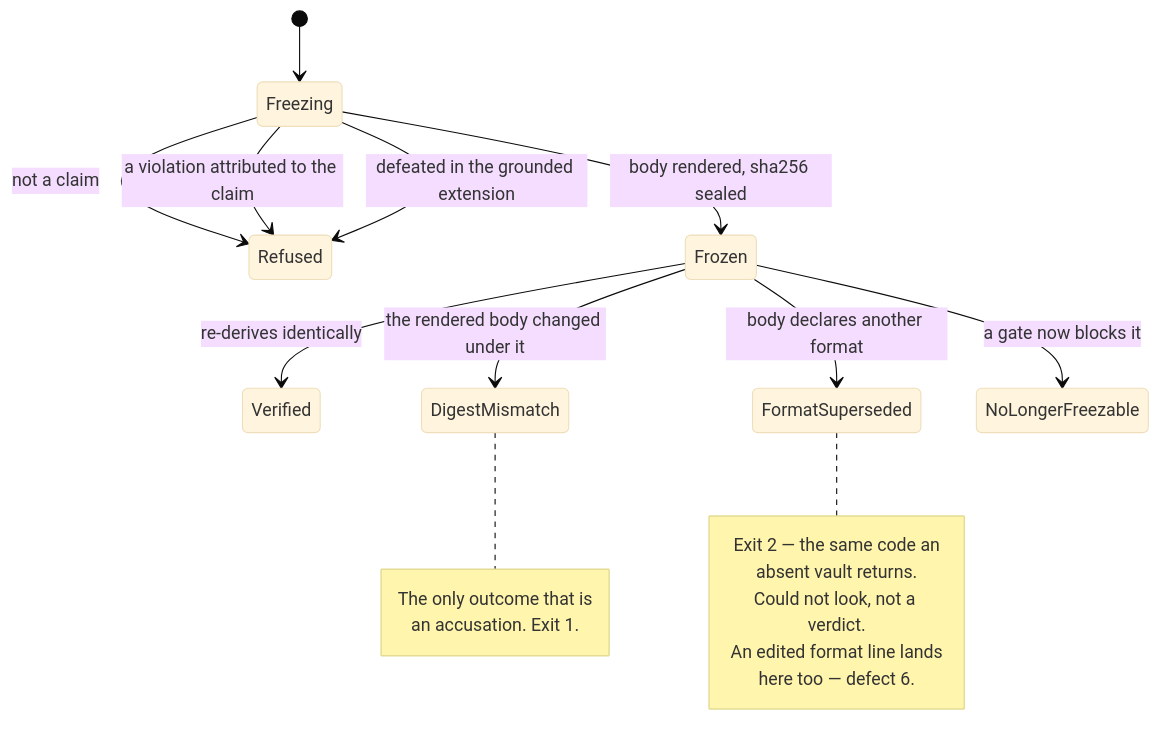
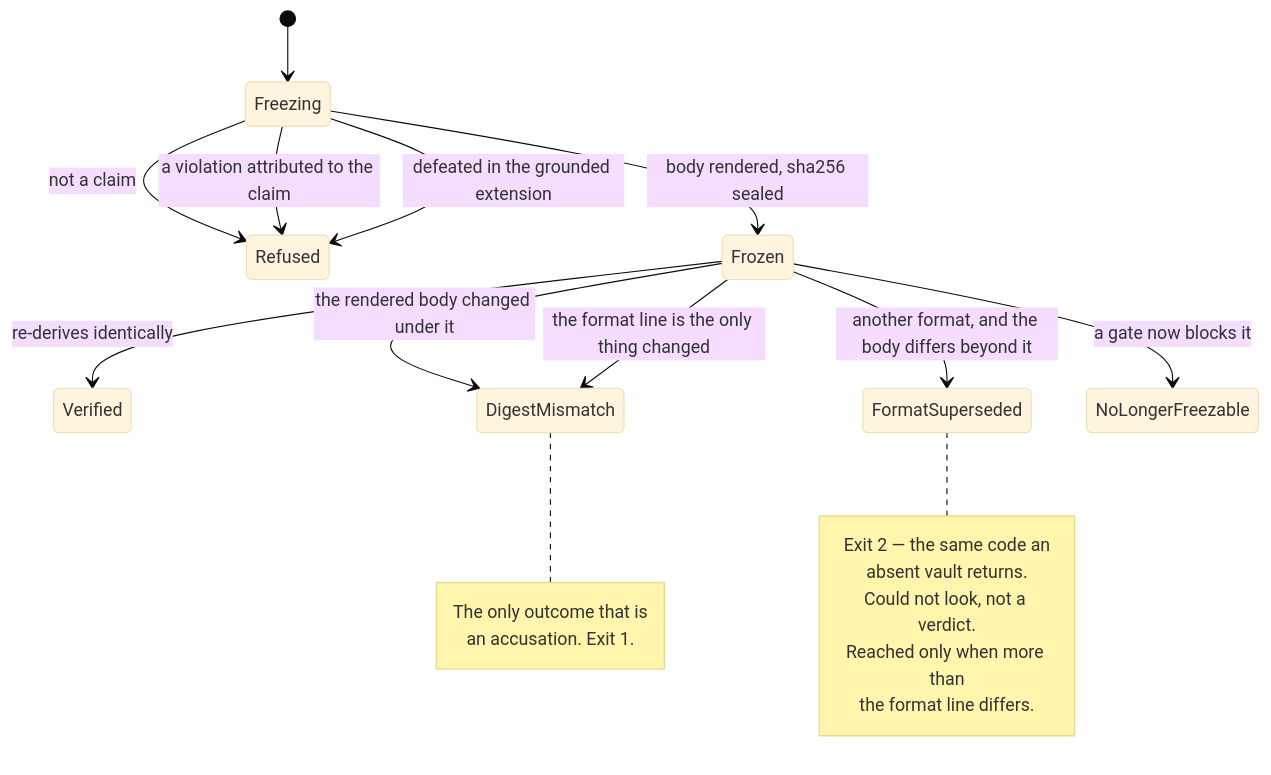
Before and after one commit to SecurityRonin/peira: the sixth of 7 diagrams in docs/architecture.md, drawn with Mermaid (base theme). The commit also changed other lines of this file and 4 other files, not shown here.

````diff
--- a/docs/architecture.md
+++ b/docs/architecture.md
@@ -287,25 +289,26 @@
 ```mermaid
 stateDiagram-v2
     [*] --> Freezing
     Freezing --> Refused: not a claim
     Freezing --> Refused: a violation attributed to the claim
     Freezing --> Refused: defeated in the grounded extension
     Freezing --> Frozen: body rendered, sha256 sealed
 
     Frozen --> Verified: re-derives identically
     Frozen --> DigestMismatch: the rendered body changed under it
-    Frozen --> FormatSuperseded: body declares another format
+    Frozen --> DigestMismatch: the format line is the only thing changed
+    Frozen --> FormatSuperseded: another format, and the body differs beyond it
     Frozen --> NoLongerFreezable: a gate now blocks it
 
     note right of DigestMismatch
         The only outcome that is
         an accusation. Exit 1.
     end note
     note right of FormatSuperseded
         Exit 2 — the same code an
         absent vault returns.
         Could not look, not a verdict.
-        An edited format line lands
-        here too — defect 6.
+        Reached only when more than
+        the format line differs.
     end note
 ```
````
